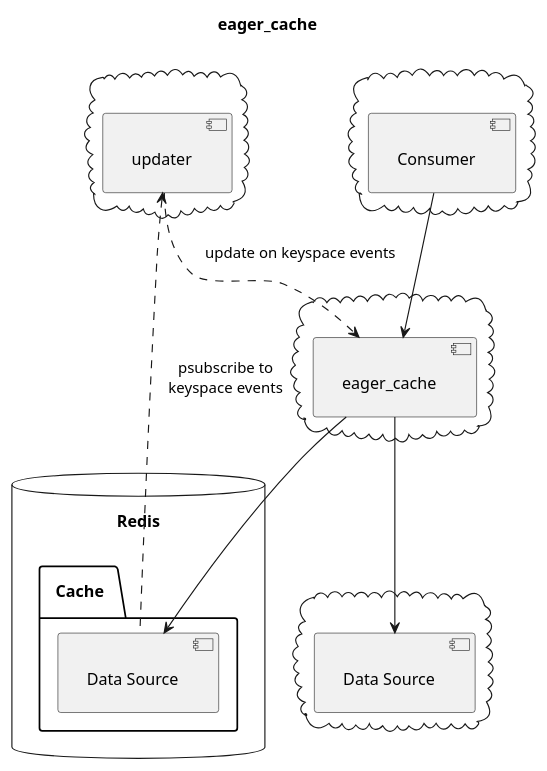
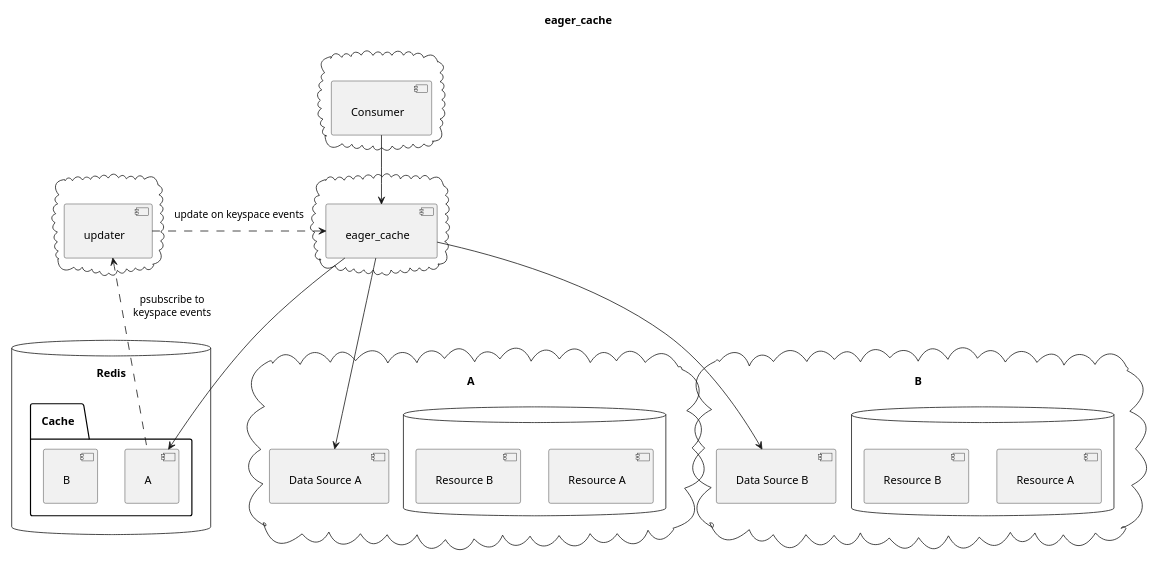
One commit to liorp/eager_cache changed the diagram in uml/eager_cache.iuml. Above: the diagram before and after it, drawn with PlantUML. The commit also changed 12 other files, not shown here.

Commit message:
feat: tests, docs, uml, license

```diff
--- a/uml/eager_cache.iuml
+++ b/uml/eager_cache.iuml
@@ -1,36 +1,50 @@
 @startuml
 title eager_cache
 scale max 1000*1000
 skinparam Padding 10
 
-cloud {
-  [Data Source]
+cloud "A" {
+  [Data Source A]
+  database {
+    [Resource A]
+    [Resource B]
+  }
+}
+
+cloud "B" {
+  [Data Source B]
+  database {
+    [Resource A] as [Resource BA]
+    [Resource B] as [Resource BB]
+  }
 }
 
 cloud {
   [Consumer]
 }
 
 cloud {
   [eager_cache]
 }
 
 cloud {
   [updater]
 }
 
 database "Redis" {
   folder "Cache" {
-    [Data Source] as [Data Source Cache]
+    [A] as [A Cache]
+    [B] as [B Cache]
   }
 }
 
 [Consumer] --> [eager_cache]
 
-[eager_cache] --> [Data Source]
-[eager_cache] --> [Data Source Cache]
+[eager_cache] --> [Data Source A]
+[eager_cache] --> [Data Source B]
+[eager_cache] --> [A Cache]
 
-[Data Source Cache] .up.> [updater] : psubscribe to\nkeyspace events
-[updater] .down.> [eager_cache] : update on keyspace events
+[A Cache] .up.> [updater] : psubscribe to\nkeyspace events
+[updater] .left.> [eager_cache] : update on keyspace events
 
 @enduml
```
